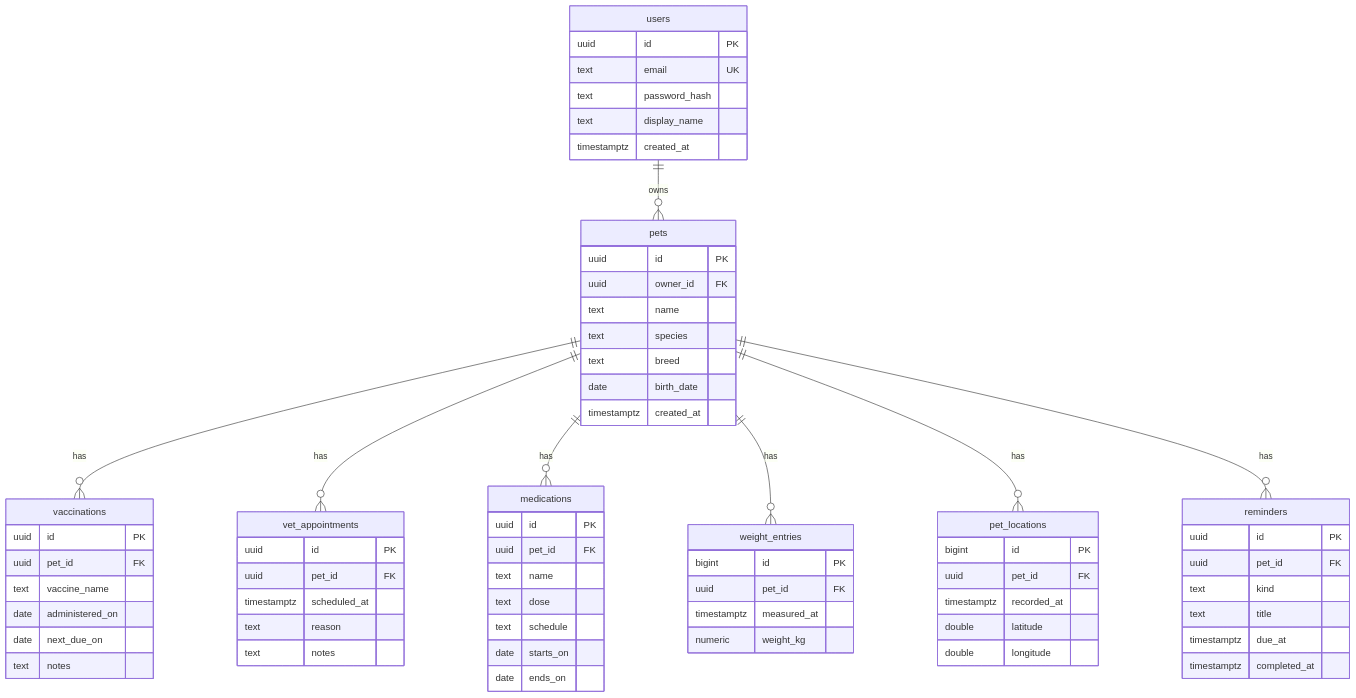
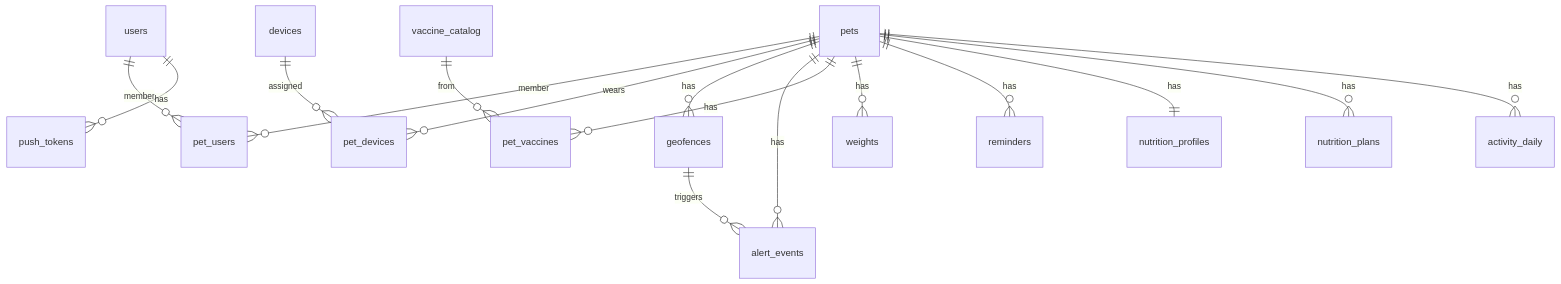
The diagram in docs/data-model.md (TrackerMex/Pet-Tracker), drawn with Mermaid before and after one commit. The commit also changed other lines of this file and 4 other files, not shown here.

````diff
--- a/docs/data-model.md
+++ b/docs/data-model.md
@@ -35,72 +21,18 @@
 ```mermaid
 erDiagram
-  users ||--o{ pets : "owns"
-  pets ||--o{ vaccinations : "has"
-  pets ||--o{ vet_appointments : "has"
-  pets ||--o{ medications : "has"
-  pets ||--o{ weight_entries : "has"
-  pets ||--o{ pet_locations : "has"
+  users ||--o{ pet_users : "member"
+  pets ||--o{ pet_users : "member"
+  users ||--o{ push_tokens : "has"
+  pets ||--o{ pet_devices : "wears"
+  devices ||--o{ pet_devices : "assigned"
+  pets ||--o{ geofences : "has"
+  pets ||--o{ alert_events : "has"
+  geofences ||--o{ alert_events : "triggers"
+  pets ||--o{ pet_vaccines : "has"
+  vaccine_catalog ||--o{ pet_vaccines : "from"
+  pets ||--o{ weights : "has"
   pets ||--o{ reminders : "has"
-
-  users {
-    uuid id PK
-    text email UK
-    text password_hash
-    text display_name
-    timestamptz created_at
-  }
-  pets {
-    uuid id PK
-    uuid owner_id FK
-    text name
-    text species
-    text breed
-    date birth_date
-    timestamptz created_at
-  }
-  vaccinations {
-    uuid id PK
-    uuid pet_id FK
-    text vaccine_name
-    date administered_on
-    date next_due_on
-    text notes
-  }
-  vet_appointments {
-    uuid id PK
-    uuid pet_id FK
-    timestamptz scheduled_at
-    text reason
-    text notes
-  }
-  medications {
-    uuid id PK
-    uuid pet_id FK
-    text name
-    text dose
-    text schedule
-    date starts_on
-    date ends_on
-  }
-  weight_entries {
-    bigint id PK
-    uuid pet_id FK
-    timestamptz measured_at
-    numeric weight_kg
-  }
-  pet_locations {
-    bigint id PK
-    uuid pet_id FK
-    timestamptz recorded_at
-    double latitude
-    double longitude
-  }
-  reminders {
-    uuid id PK
-    uuid pet_id FK
-    text kind
-    text title
-    timestamptz due_at
-    timestamptz completed_at
-  }
+  pets ||--|| nutrition_profiles : "has"
+  pets ||--o{ nutrition_plans : "has"
+  pets ||--o{ activity_daily : "has"
 ```
````
